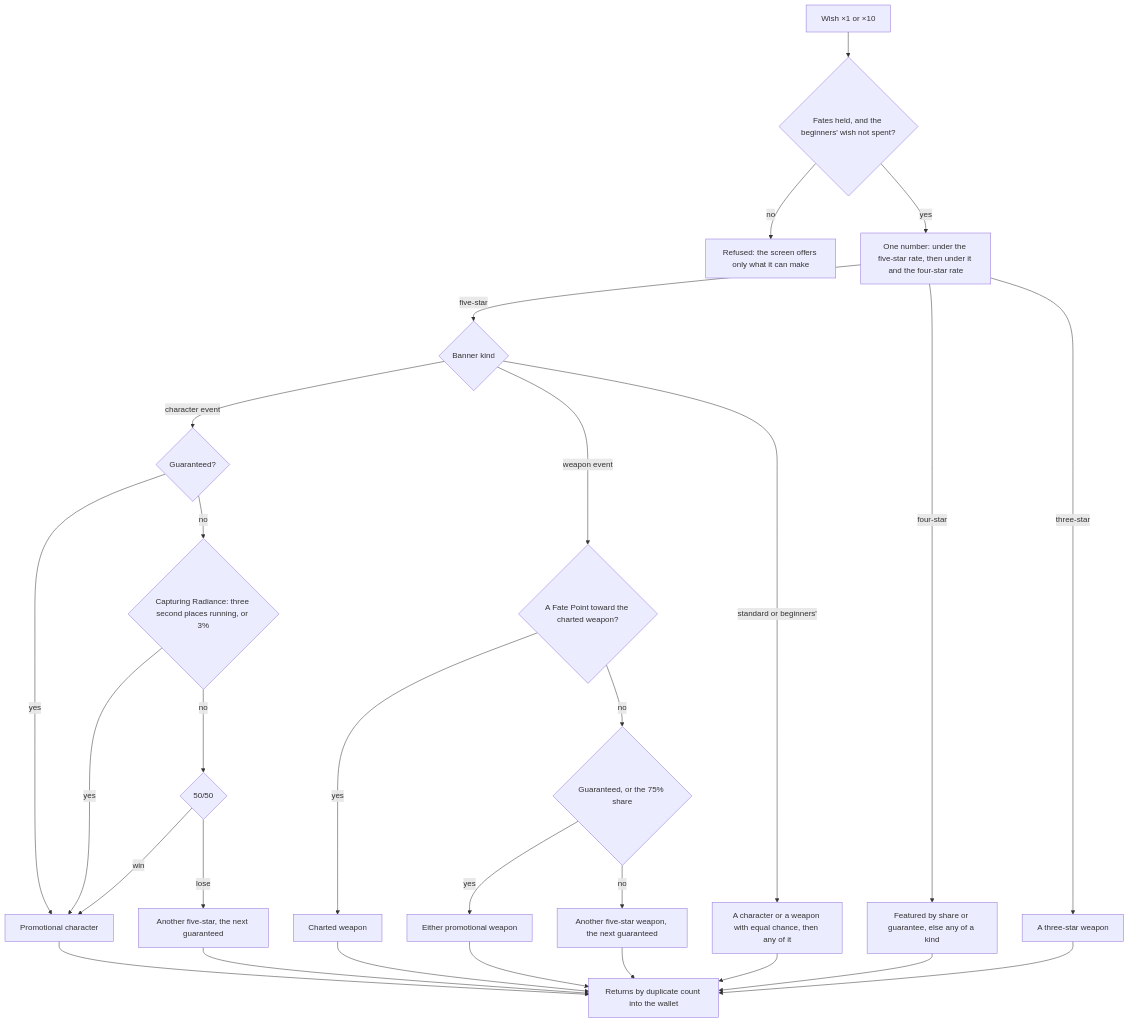
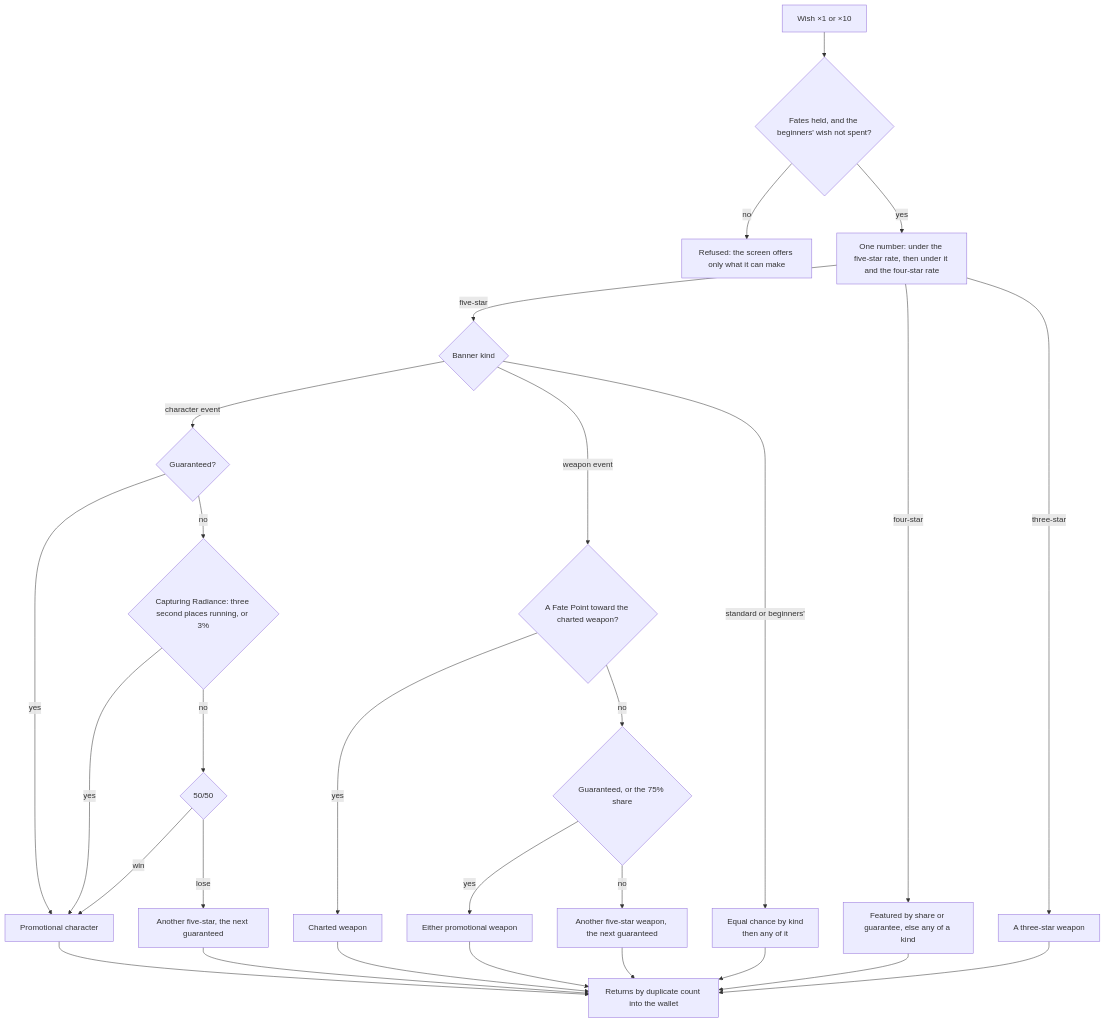
One commit to Esposter/Esposter changed the diagram in openspec/specs/genshin/wish/design.md. Above: the diagram before and after it, drawn with Mermaid. The commit also changed other lines of this file and 5 other files, not shown here.

````diff
--- a/openspec/specs/genshin/wish/design.md
+++ b/openspec/specs/genshin/wish/design.md
@@ -7,30 +7,30 @@
 ```mermaid
 flowchart TD
   W["Wish ×1 or ×10"] --> COST{"Fates held, and the beginners' wish not spent?"}
   COST -->|"no"| REFUSE["Refused: the screen offers only what it can make"]
   COST -->|"yes"| ROLL["One number: under the five-star rate, then under it and the four-star rate"]
   ROLL -->|"five-star"| KIND{"Banner kind"}
   KIND -->|"character event"| G{"Guaranteed?"}
   G -->|"yes"| PROMO["Promotional character"]
   G -->|"no"| RAD{"Capturing Radiance: three second places running, or 3%"}
   RAD -->|"yes"| PROMO
   RAD -->|"no"| FIFTY{"50/50"}
   FIFTY -->|"win"| PROMO
   FIFTY -->|"lose"| STD["Another five-star, the next guaranteed"]
   KIND -->|"weapon event"| PATH{"A Fate Point toward the charted weapon?"}
   PATH -->|"yes"| CHART["Charted weapon"]
   PATH -->|"no"| SHARE{"Guaranteed, or the 75% share"}
   SHARE -->|"yes"| EITHER["Either promotional weapon"]
   SHARE -->|"no"| STDW["Another five-star weapon, the next guaranteed"]
-  KIND -->|"standard or beginners'"| ANY["A character or a weapon with equal chance, then any of it"]
+  KIND -->|"standard or beginners'"| ANY["Equal chance by kind<br/>then any of it"]
   ROLL -->|"four-star"| F4["Featured by share or guarantee, else any of a kind"]
   ROLL -->|"three-star"| F3["A three-star weapon"]
   PROMO --> RET["Returns by duplicate count into the wallet"]
   STD --> RET
   CHART --> RET
   EITHER --> RET
   STDW --> RET
   ANY --> RET
   F4 --> RET
   F3 --> RET
 ```
````
